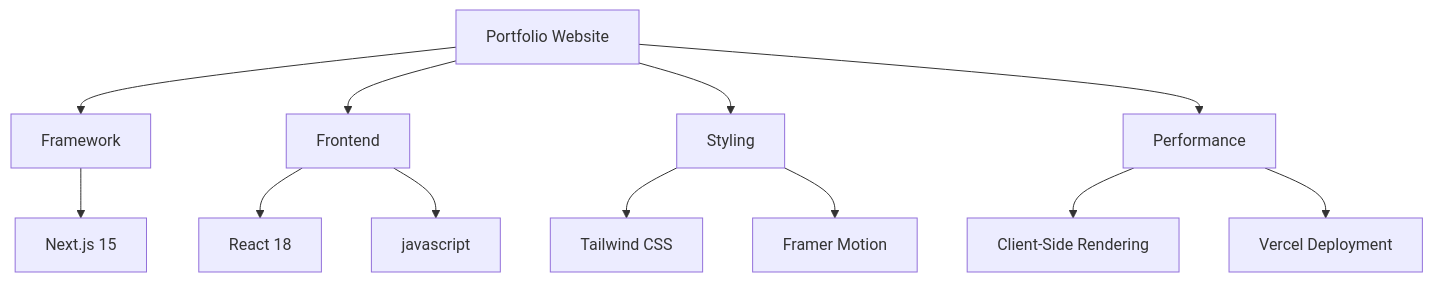
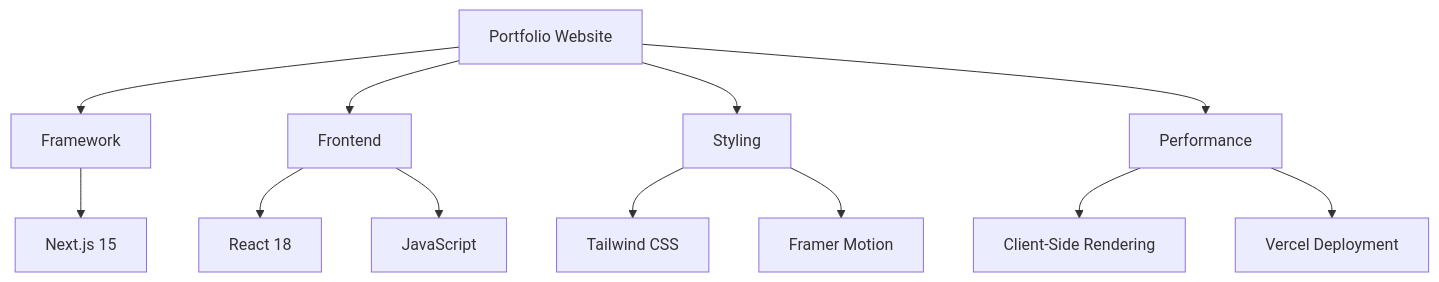
One commit to Shubhamkanskar/myprotfolio changed the diagram in README.md. Above: the diagram before and after it, drawn with Mermaid. The commit also changed other lines of this file, not shown here.

````diff
--- a/README.md
+++ b/README.md
@@ -30,15 +36,15 @@
 ```mermaid
 graph TD
     A[Portfolio Website] --> B[Framework]
     A --> C[Frontend]
     A --> D[Styling]
     A --> E[Performance]
     
     B --> B1[Next.js 15]
     C --> C1[React 18]
-    C --> C2[javascript]
+    C --> C2[JavaScript]
     D --> D1[Tailwind CSS]
     D --> D2[Framer Motion]
     E --> E1[Client-Side Rendering]
     E --> E2[Vercel Deployment]
 ```
````
